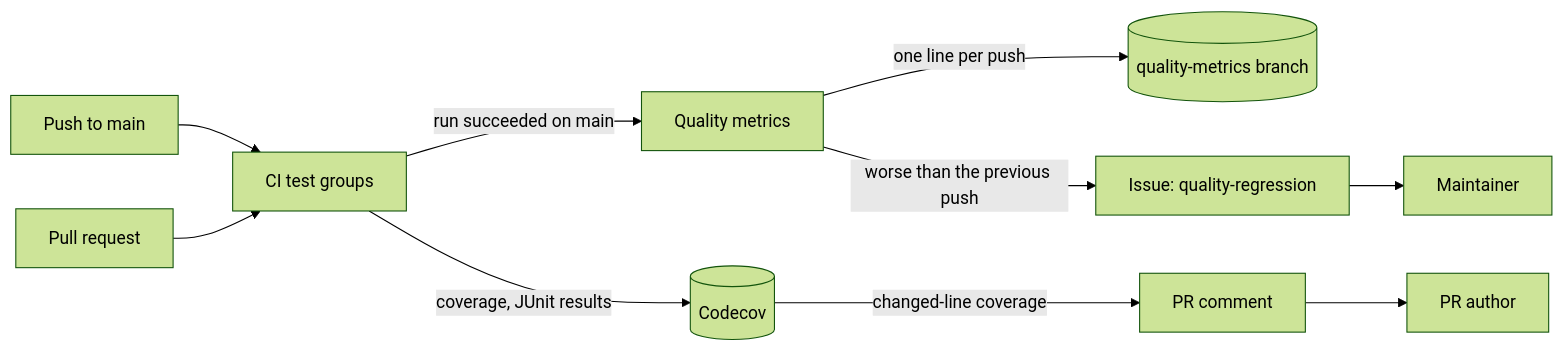
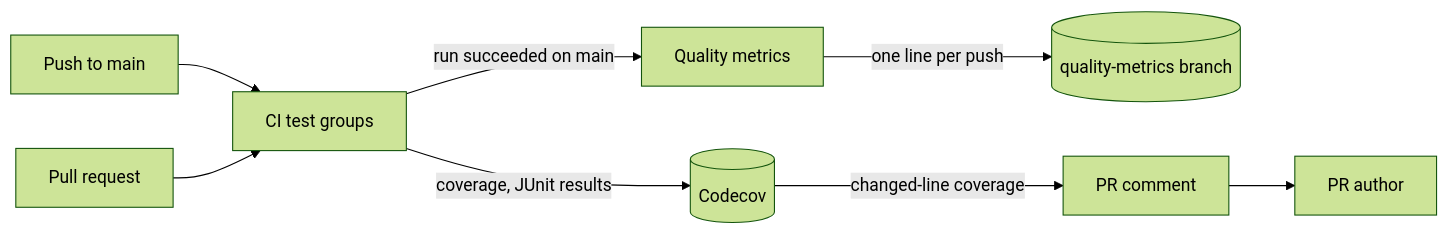
Before and after one commit to syudead/vv: the diagram in docs/design-docs/test-quality-monitoring.md, drawn with Mermaid (forest theme). The commit also changed other lines of this file and 6 other files, not shown here.

First line of the commit message:
ci: Quality metrics の悪化 Issue をやめる

````diff
--- a/docs/design-docs/test-quality-monitoring.md
+++ b/docs/design-docs/test-quality-monitoring.md
@@ -11,12 +10,10 @@
 ```mermaid
 flowchart LR
   push[Push to main] --> ci[CI test groups]
   ci -->|run succeeded on main| qm[Quality metrics]
   pr[Pull request] --> ci
   ci -->|coverage, JUnit results| codecov[(Codecov)]
   qm -->|one line per push| hist[(quality-metrics branch)]
-  qm -->|worse than the previous push| issue[Issue: quality-regression]
   codecov -->|changed-line coverage| prc[PR comment]
-  issue --> maint[Maintainer]
   prc --> author[PR author]
 ```
````
